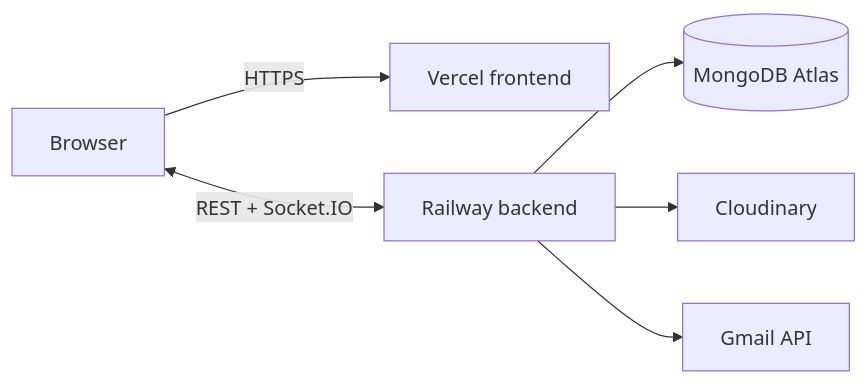
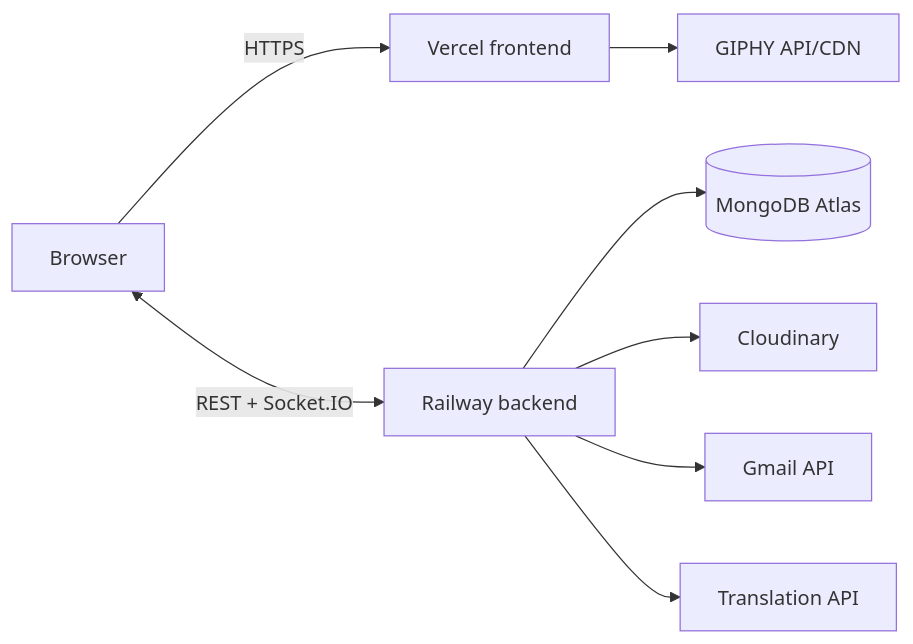
One commit to Saurav11343/click-chat changed the second of 2 diagrams in docs/08-setup-and-deployment.md. Above: the diagram before and after it, drawn with Mermaid. The commit also changed other lines of this file and 12 other files, not shown here.

````diff
--- a/docs/08-setup-and-deployment.md
+++ b/docs/08-setup-and-deployment.md
@@ -149,8 +173,10 @@
 ```mermaid
 flowchart LR
     B["Browser"] -->|"HTTPS"| V["Vercel frontend"]
     B <-->|"REST + Socket.IO"| R["Railway backend"]
     R --> M[("MongoDB Atlas")]
     R --> C["Cloudinary"]
     R --> G["Gmail API"]
+    R --> T["Translation API"]
+    V --> Y["GIPHY API/CDN"]
 ```
````
